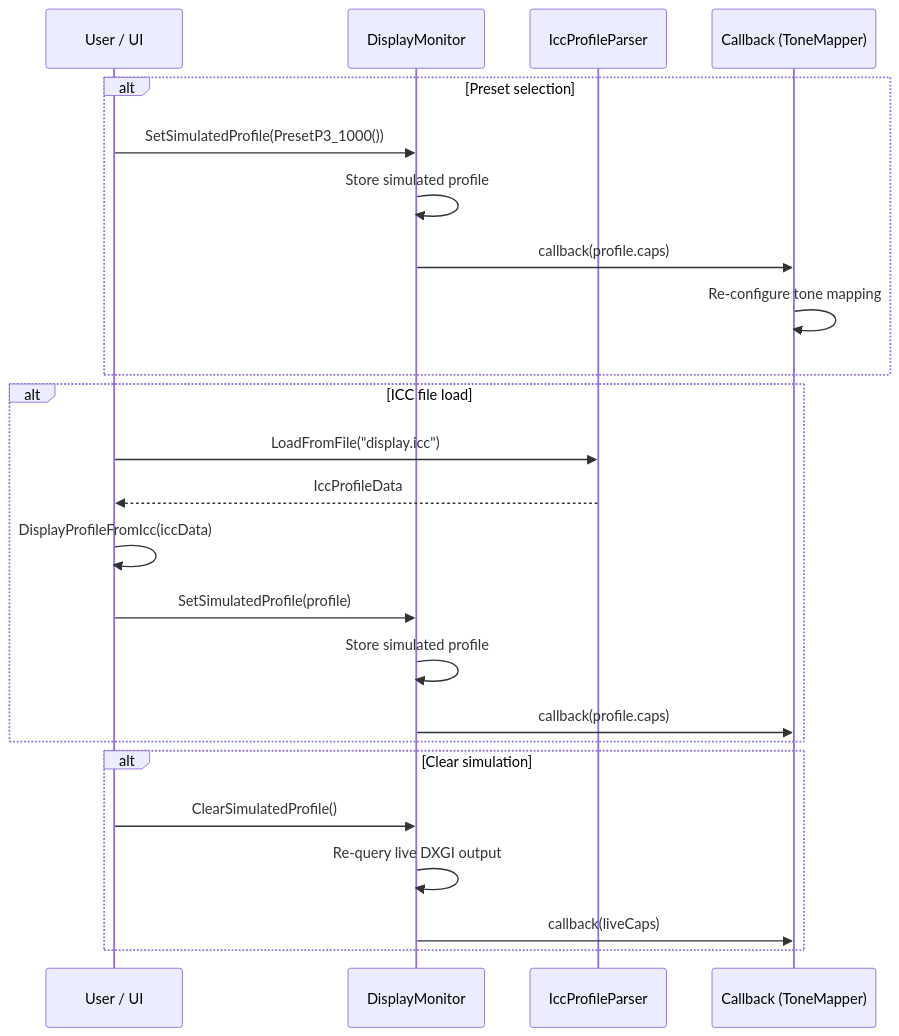
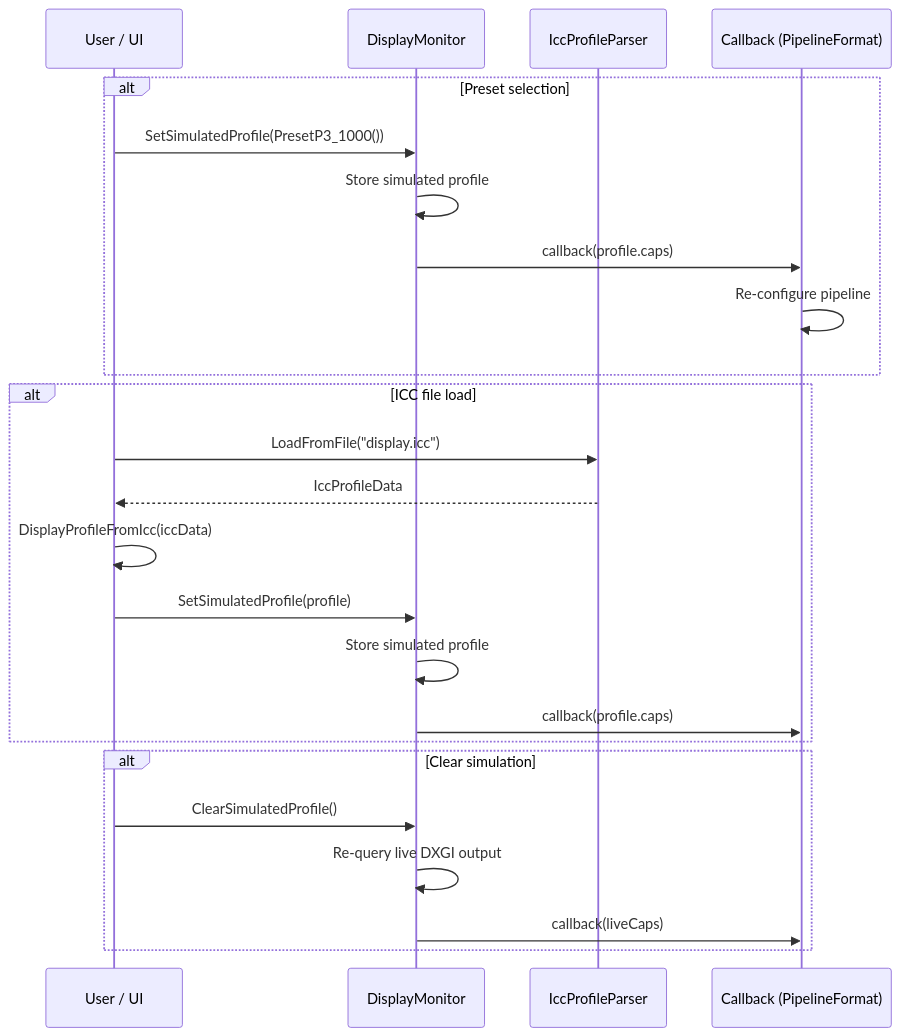
Before and after one commit to Spruill-1/ShaderLab: the fifth of 8 diagrams in README.md, drawn with Mermaid. The commit also changed other lines of this file, not shown here.

First line of the commit message:
Update README.md with Day 6 architecture changes

````diff
--- a/README.md
+++ b/README.md
@@ -224,29 +235,29 @@
 ```mermaid
 sequenceDiagram
     participant UI as User / UI
     participant DM as DisplayMonitor
     participant ICC as IccProfileParser
-    participant CB as Callback (ToneMapper)
+    participant CB as Callback (PipelineFormat)
 
     alt Preset selection
         UI->>DM: SetSimulatedProfile(PresetP3_1000())
         DM->>DM: Store simulated profile
         DM->>CB: callback(profile.caps)
-        CB->>CB: Re-configure tone mapping
+        CB->>CB: Re-configure pipeline
     end
 
     alt ICC file load
         UI->>ICC: LoadFromFile("display.icc")
         ICC-->>UI: IccProfileData
         UI->>UI: DisplayProfileFromIcc(iccData)
         UI->>DM: SetSimulatedProfile(profile)
         DM->>DM: Store simulated profile
         DM->>CB: callback(profile.caps)
     end
 
     alt Clear simulation
         UI->>DM: ClearSimulatedProfile()
         DM->>DM: Re-query live DXGI output
         DM->>CB: callback(liveCaps)
     end
 ```
````
